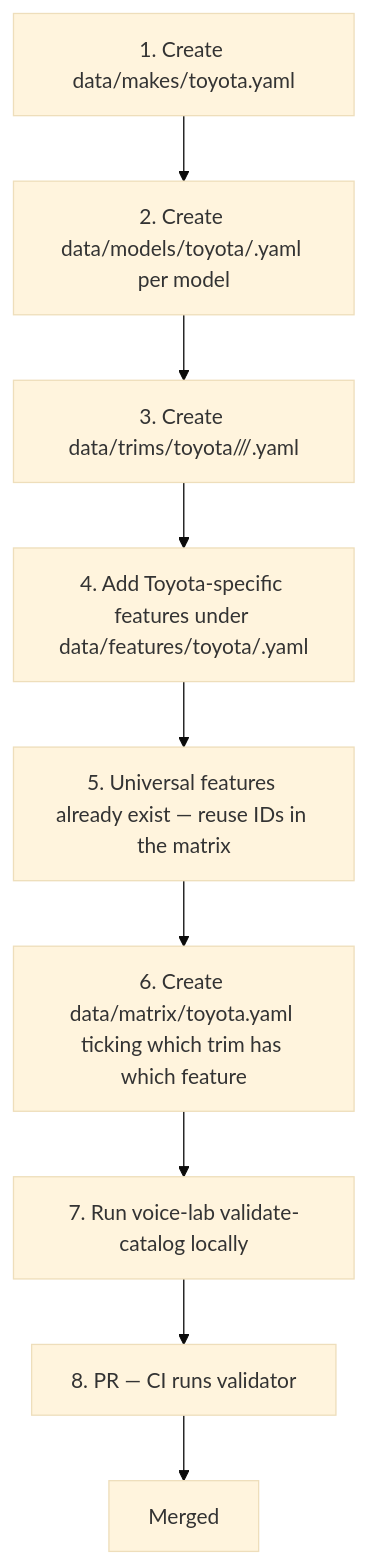
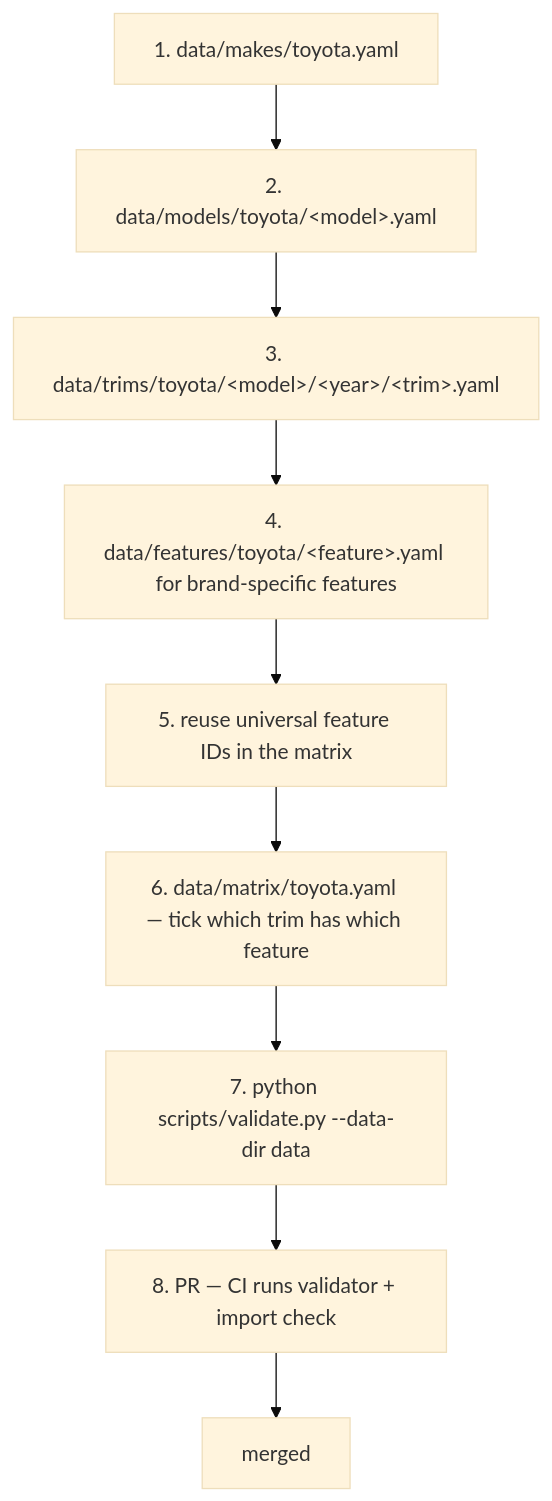
One commit to trikabijal/roadtosale changed the fifth of 5 diagrams in vehicle-feature-catalog/docs/flows.md. Above: the diagram before and after it, drawn with Mermaid (base theme). The commit also changed other lines of this file and 16 other files, not shown here.

````diff
--- a/vehicle-feature-catalog/docs/flows.md
+++ b/vehicle-feature-catalog/docs/flows.md
@@ -103,11 +153,10 @@
 ```mermaid
 flowchart TD
-  Step1[1. Create data/makes/toyota.yaml] --> Step2
-  Step2[2. Create data/models/toyota/<model>.yaml per model] --> Step3
-  Step3[3. Create data/trims/toyota/<model>/<year>/<trim>.yaml] --> Step4
-  Step4[4. Add Toyota-specific features under data/features/toyota/<feature>.yaml] --> Step5
-  Step5[5. Universal features already exist — reuse IDs in the matrix] --> Step6
-  Step6[6. Create data/matrix/toyota.yaml ticking which trim has which feature] --> Step7
-  Step7[7. Run voice-lab validate-catalog locally] --> Step8
-  Step8[8. PR — CI runs validator] --> Done[Merged]
+  S1[1. data/makes/toyota.yaml] --> S2[2. data/models/toyota/&lt;model&gt;.yaml]
+  S2 --> S3[3. data/trims/toyota/&lt;model&gt;/&lt;year&gt;/&lt;trim&gt;.yaml]
+  S3 --> S4[4. data/features/toyota/&lt;feature&gt;.yaml for brand-specific features]
+  S4 --> S5[5. reuse universal feature IDs in the matrix]
+  S5 --> S6[6. data/matrix/toyota.yaml — tick which trim has which feature]
+  S6 --> S7[7. python scripts/validate.py --data-dir data]
+  S7 --> S8[8. PR — CI runs validator + import check] --> Done[merged]
 ```
````
